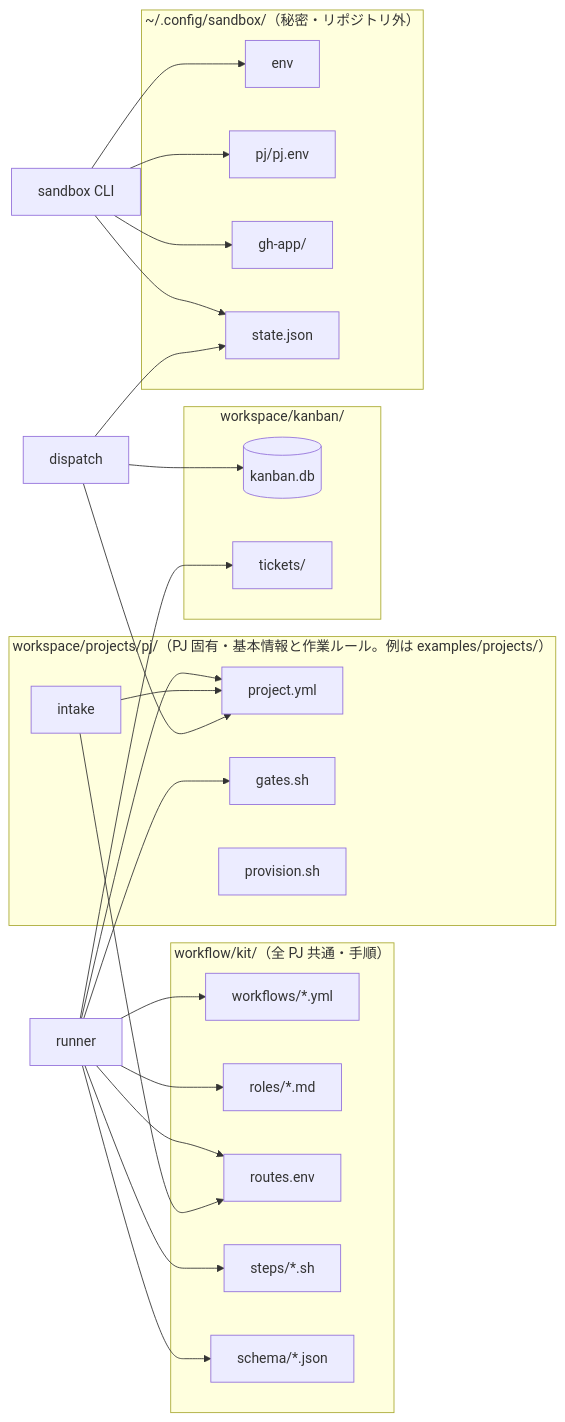
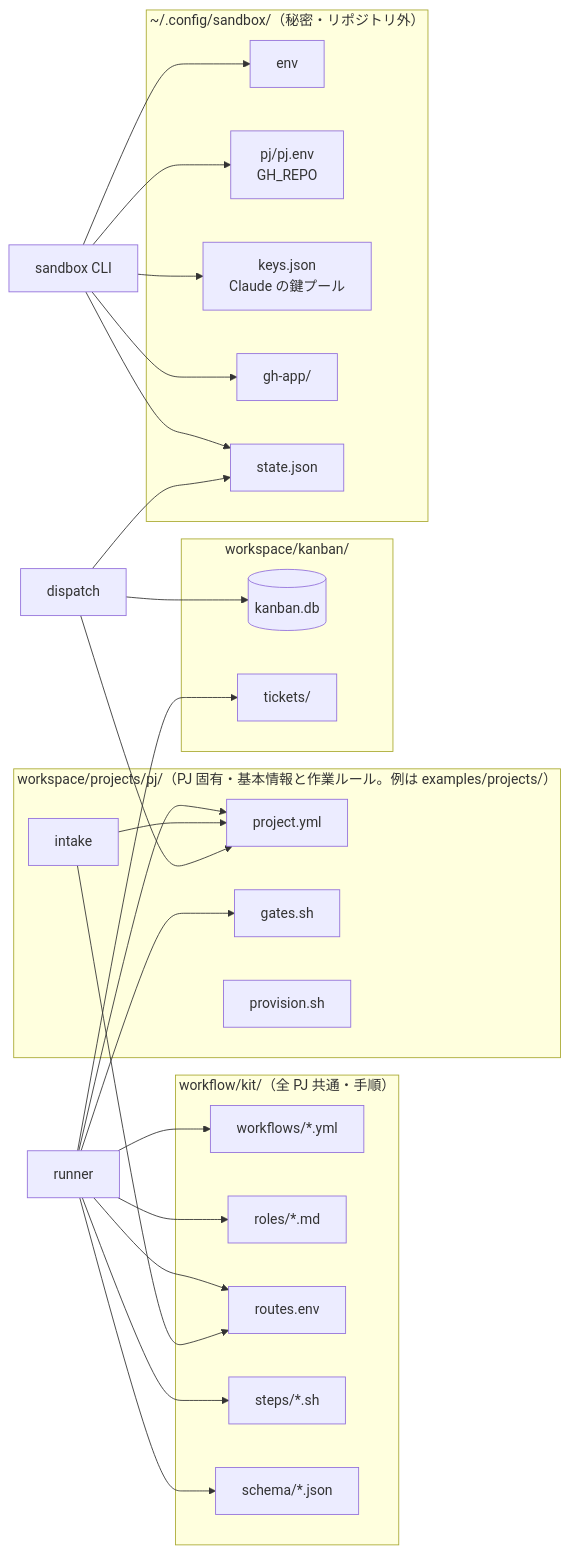
Before and after one commit to akkijp-oss/aifactory: the diagram in website/content/ja/concepts/configuration.md, drawn with Mermaid. The commit also changed other lines of this file and 62 other files, not shown here.

First line of the commit message:
VM に渡す Claude の鍵の出どころを鍵プールだけにし、sandbox の env ファイル経路を廃止する（ADR-0060）

````diff
--- a/website/content/ja/concepts/configuration.md
+++ b/website/content/ja/concepts/configuration.md
@@ -7,29 +7,30 @@
 ```mermaid
 flowchart LR
   subgraph kit["workflow/kit/（全 PJ 共通・手順）"]
     WF[workflows/*.yml]
     RO[roles/*.md]
     RT[routes.env]
     ST[steps/*.sh]
     SC[schema/*.json]
   end
   subgraph pj["workspace/projects/pj/（PJ 固有・基本情報と作業ルール。例は examples/projects/）"]
     PY[project.yml]
     GS[gates.sh]
     PV[provision.sh]
   end
   subgraph home["~/.config/sandbox/（秘密・リポジトリ外）"]
     ENV[env]
-    PJE[pj/pj.env]
+    PJE[pj/pj.env<br>GH_REPO]
+    KEYS[keys.json<br>Claude の鍵プール]
     APP[gh-app/]
     STJ[state.json]
   end
   subgraph kb["workspace/kanban/"]
     DB[(kanban.db)]
     TK[tickets/]
   end
   RN[runner] --> WF & RO & RT & ST & SC & PY & GS & TK
-  SB[sandbox CLI] --> ENV & PJE & APP & STJ
+  SB[sandbox CLI] --> ENV & PJE & KEYS & APP & STJ
   IN[intake] --> RT & PY
   DP[dispatch] --> PY & STJ & DB
 ```
````
